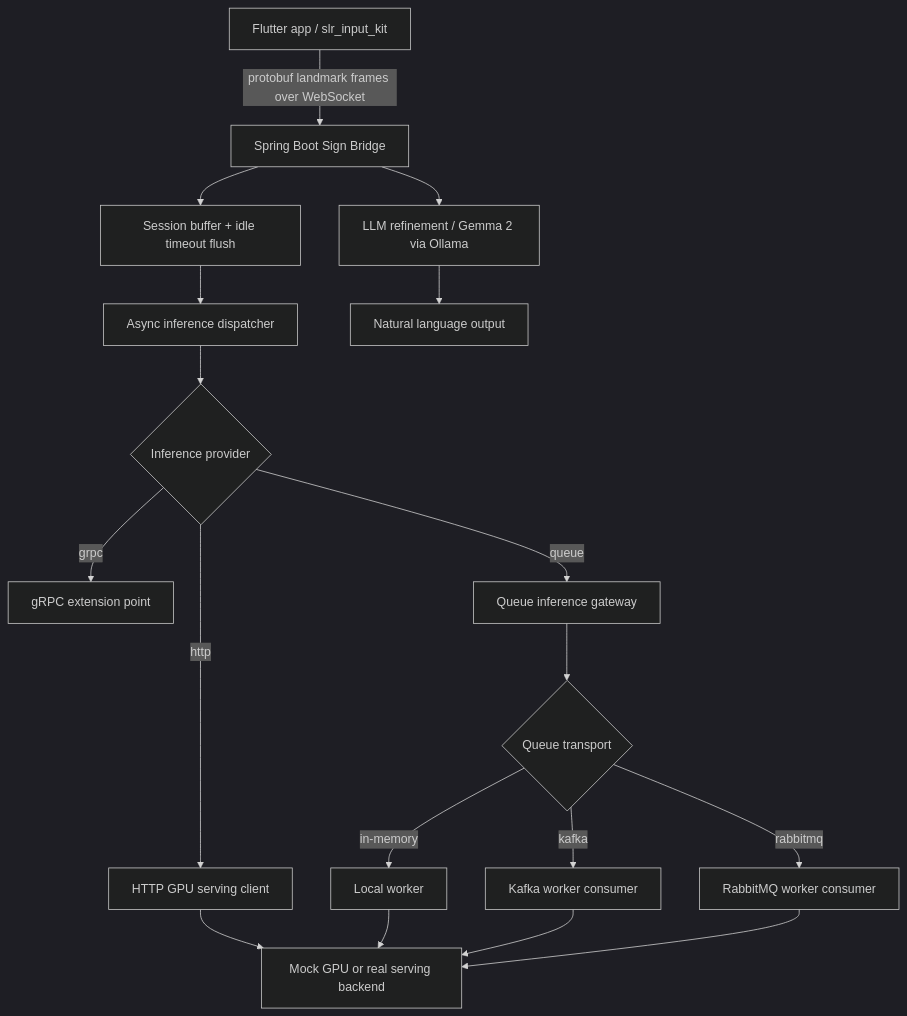
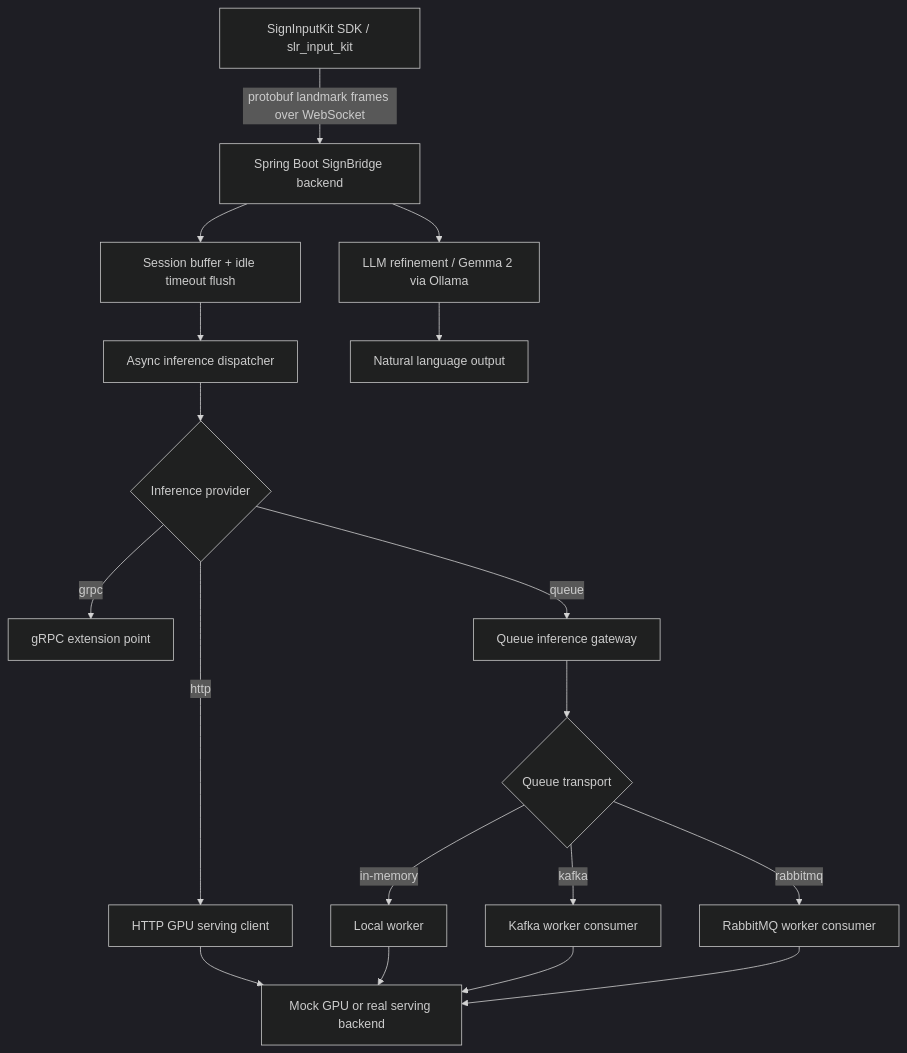
One commit to clevekim00/mj_sign changed the diagram in README.md. Above: the diagram before and after it, drawn with Mermaid (dark theme). The commit also changed other lines of this file and 34 other files, not shown here.

````diff
--- a/README.md
+++ b/README.md
@@ -27,20 +29,20 @@
 ```mermaid
 graph TD
-    A["Flutter app / slr_input_kit"] -->|"protobuf landmark frames over WebSocket"| B["Spring Boot Sign Bridge"]
+    A["SignInputKit SDK / slr_input_kit"] -->|"protobuf landmark frames over WebSocket"| B["Spring Boot SignBridge backend"]
     B --> C["Session buffer + idle timeout flush"]
     C --> D["Async inference dispatcher"]
     D --> E{"Inference provider"}
     E -->|"http"| F["HTTP GPU serving client"]
     E -->|"grpc"| G["gRPC extension point"]
     E -->|"queue"| H["Queue inference gateway"]
     H --> I{"Queue transport"}
     I -->|"in-memory"| J["Local worker"]
     I -->|"kafka"| K["Kafka worker consumer"]
     I -->|"rabbitmq"| L["RabbitMQ worker consumer"]
     F --> M["Mock GPU or real serving backend"]
     J --> M
     K --> M
     L --> M
     B --> N["LLM refinement / Gemma 2 via Ollama"]
     N --> O["Natural language output"]
 ```
````
